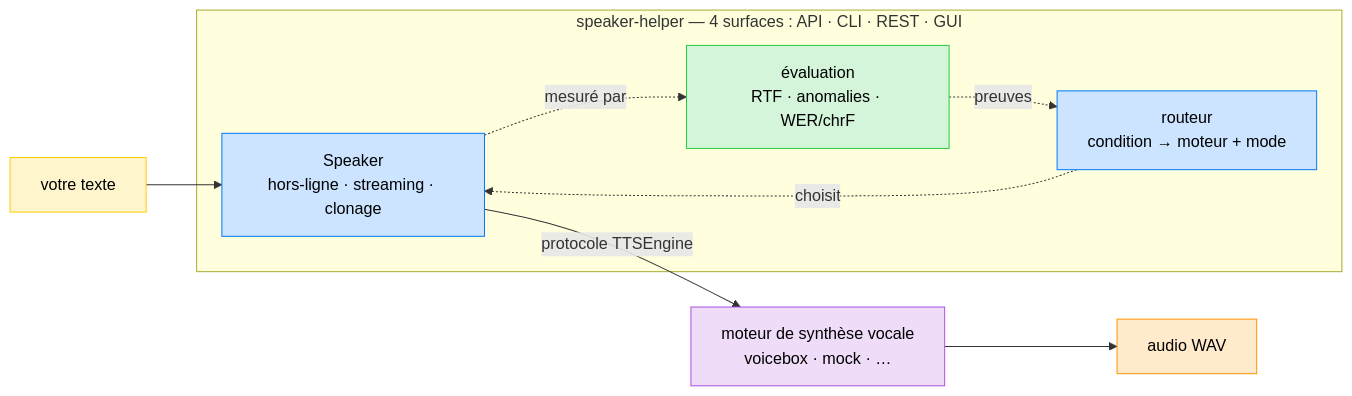
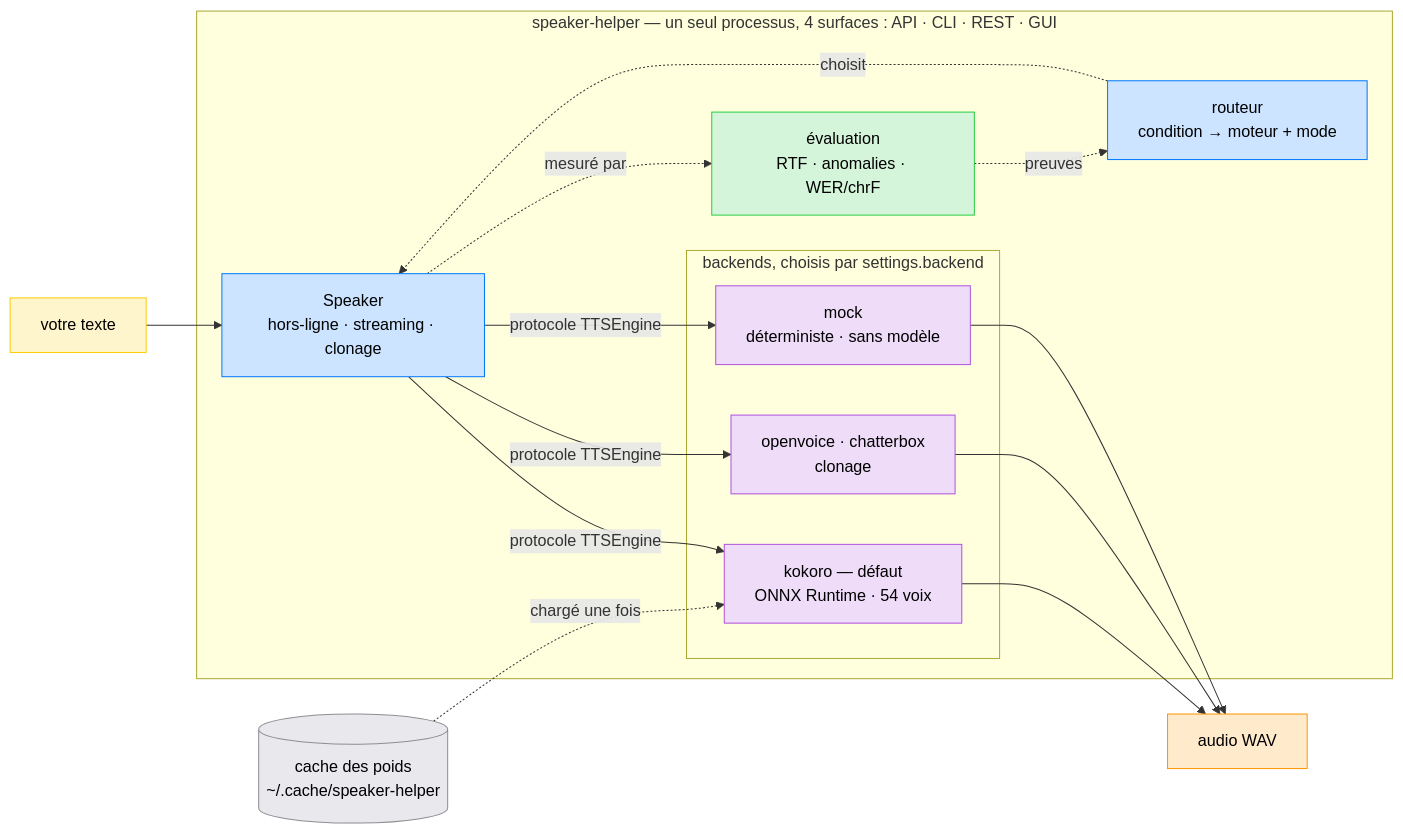
The diagram in LISEZMOI.md (warith-harchaoui/speaker-helper), drawn with Mermaid before and after one commit. The commit also changed other lines of this file and 23 other files, not shown here.

````diff
--- a/LISEZMOI.md
+++ b/LISEZMOI.md
@@ -70,24 +76,35 @@
 ```mermaid
 flowchart LR
     text["votre texte"]:::input
-    subgraph SH["speaker-helper — 4 surfaces : API · CLI · REST · GUI"]
+    subgraph SH["speaker-helper — un seul processus, 4 surfaces : API · CLI · REST · GUI"]
         speaker["Speaker<br/>hors-ligne · streaming · clonage"]:::core
         router["routeur<br/>condition → moteur + mode"]:::core
         eval["évaluation<br/>RTF · anomalies · WER/chrF"]:::eval
+        subgraph BE["backends, choisis par settings.backend"]
+            kokoro["kokoro — défaut<br/>ONNX Runtime · 54 voix"]:::engine
+            clone["openvoice · chatterbox<br/>clonage"]:::engine
+            mock["mock<br/>déterministe · sans modèle"]:::engine
+        end
     end
-    engine["moteur de synthèse vocale<br/>voicebox · mock · …"]:::engine
+    weights[("cache des poids<br/>~/.cache/speaker-helper")]:::store
     audio["audio WAV"]:::output
 
     text --> speaker
     router -.->|choisit| speaker
-    speaker -- "protocole TTSEngine" --> engine
-    engine --> audio
+    speaker -- "protocole TTSEngine" --> kokoro
+    speaker -- "protocole TTSEngine" --> clone
+    speaker -- "protocole TTSEngine" --> mock
+    weights -.->|chargé une fois| kokoro
+    kokoro --> audio
+    clone --> audio
+    mock --> audio
     speaker -.->|mesuré par| eval
     eval -.->|preuves| router
 
     classDef input fill:#FFF5CC,stroke:#FFCC00,color:#000000
     classDef core fill:#CCE4FF,stroke:#007AFF,color:#000000
     classDef eval fill:#D4F5D9,stroke:#28CD41,color:#000000
     classDef engine fill:#EFDCF8,stroke:#AF52DE,color:#000000
+    classDef store fill:#E8E8ED,stroke:#8E8E93,color:#000000
     classDef output fill:#FFEACC,stroke:#FF9500,color:#000000
 ```
````
